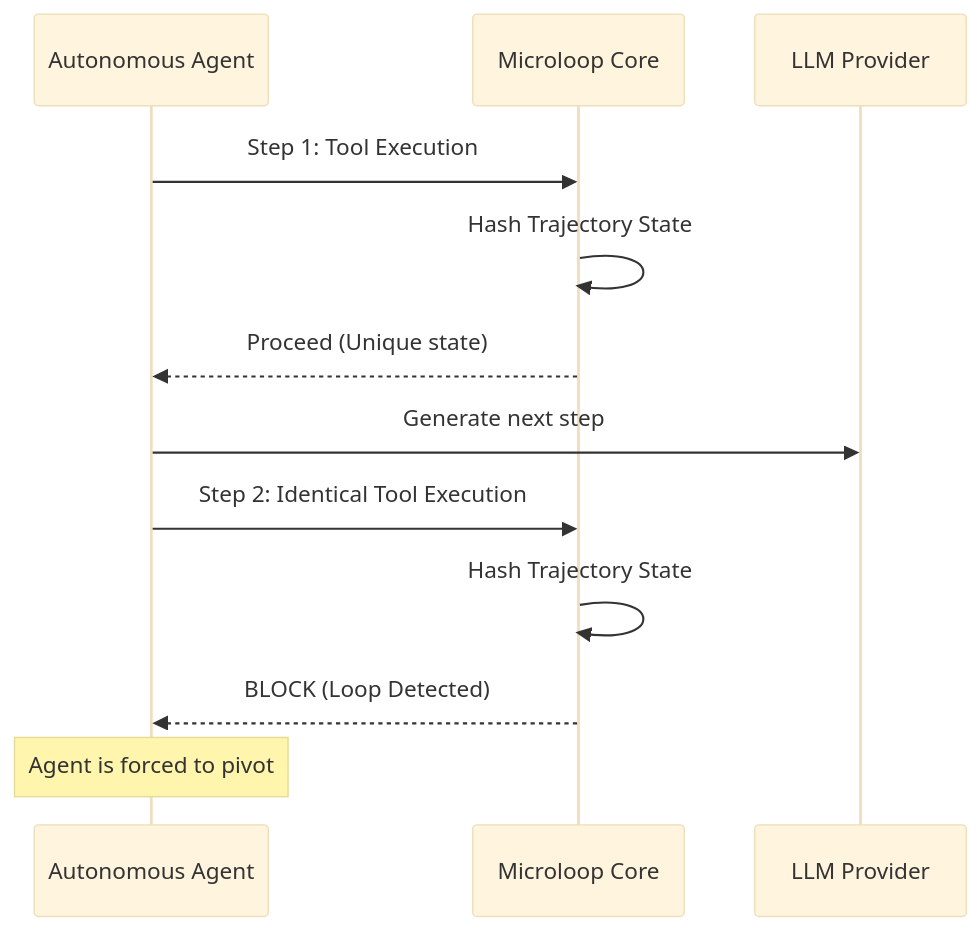
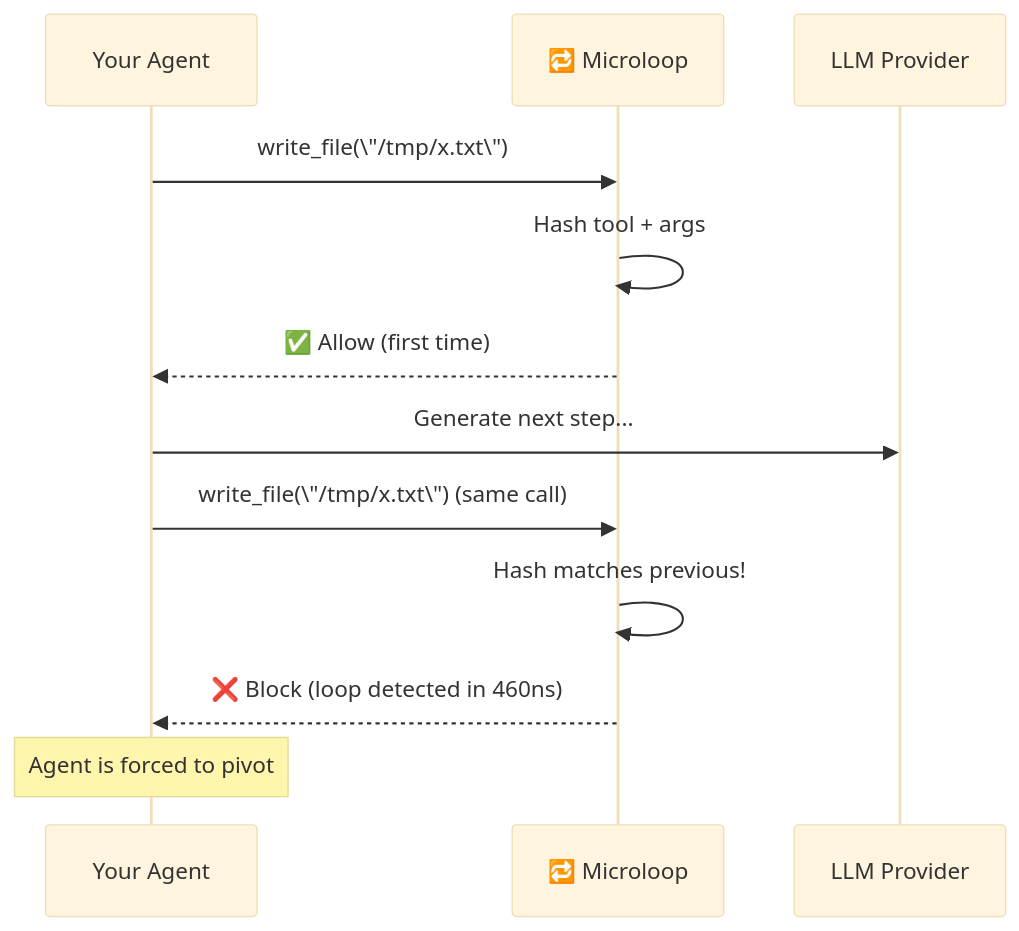
One commit to Devaretanmay/microloop changed the diagram in README.md. Above: the diagram before and after it, drawn with Mermaid (base theme). The commit also changed other lines of this file and 18 other files, not shown here.

Commit message:
cleanup: remove third-party skills, scratch files, versioned docs; rewrite README/ROADMAP/BENCHMARKS as product-focused docs

````diff
--- a/README.md
+++ b/README.md
@@ -86,16 +46,16 @@
 ```mermaid
 sequenceDiagram
-    participant Agent as Autonomous Agent
-    participant Microloop as Microloop Core
+    participant Agent as Your Agent
+    participant M as 🔁 Microloop
     participant LLM as LLM Provider
 
-    Agent->>Microloop: Step 1: Tool Execution
-    Microloop->>Microloop: Hash Trajectory State
-    Microloop-->>Agent: Proceed (Unique state)
-    Agent->>LLM: Generate next step
+    Agent->>M: write_file(\"/tmp/x.txt\")
+    M->>M: Hash tool + args
+    M-->>Agent: ✅ Allow (first time)
+    Agent->>LLM: Generate next step...
 
-    Agent->>Microloop: Step 2: Identical Tool Execution
-    Microloop->>Microloop: Hash Trajectory State
-    Microloop-->>Agent: BLOCK (Loop Detected)
+    Agent->>M: write_file(\"/tmp/x.txt\")  (same call)
+    M->>M: Hash matches previous!
+    M-->>Agent: ❌ Block (loop detected in 460ns)
     Note over Agent: Agent is forced to pivot
 ```
````
